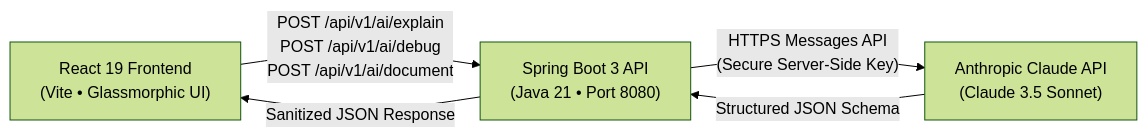
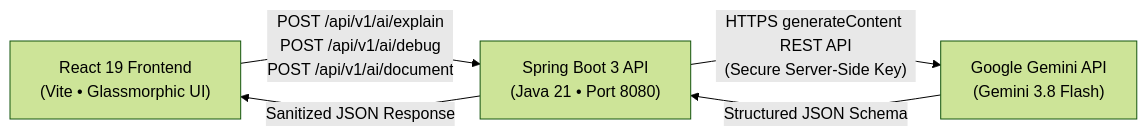
One commit to Premkumar957/devnest-labs changed the diagram in README.md. Above: the diagram before and after it, drawn with Mermaid (forest theme). The commit also changed other lines of this file and 36 other files, not shown here.

Commit message:
feat: add backend API, frontend UI, authentication, and documentation for DevNest Labs

````diff
--- a/README.md
+++ b/README.md
@@ -34,11 +33,11 @@
 ```mermaid
 graph LR
     Browser["React 19 Frontend<br/>(Vite • Glassmorphic UI)"]
     Backend["Spring Boot 3 API<br/>(Java 21 • Port 8080)"]
-    Claude["Anthropic Claude API<br/>(Claude 3.5 Sonnet)"]
+    Gemini["Google Gemini API<br/>(Gemini 3.8 Flash)"]
 
     Browser -->|"POST /api/v1/ai/explain<br/>POST /api/v1/ai/debug<br/>POST /api/v1/ai/document"| Backend
-    Backend -->|"HTTPS Messages API<br/>(Secure Server-Side Key)"| Claude
-    Claude -->|"Structured JSON Schema"| Backend
+    Backend -->|"HTTPS generateContent REST API<br/>(Secure Server-Side Key)"| Gemini
+    Gemini -->|"Structured JSON Schema"| Backend
     Backend -->|"Sanitized JSON Response"| Browser
 ```
````
